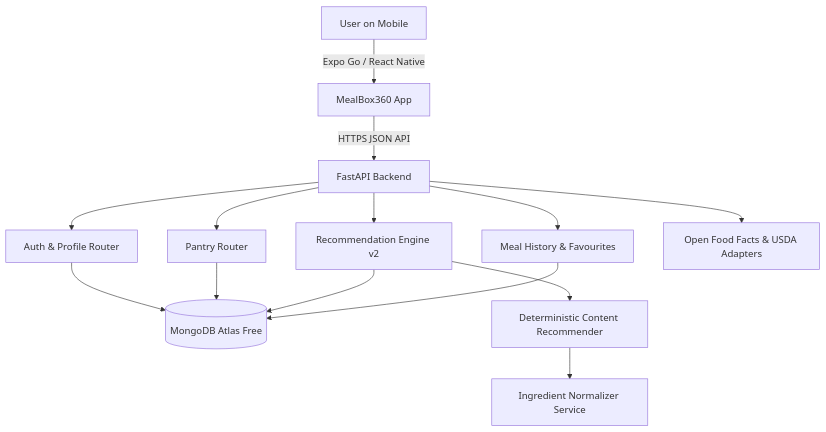
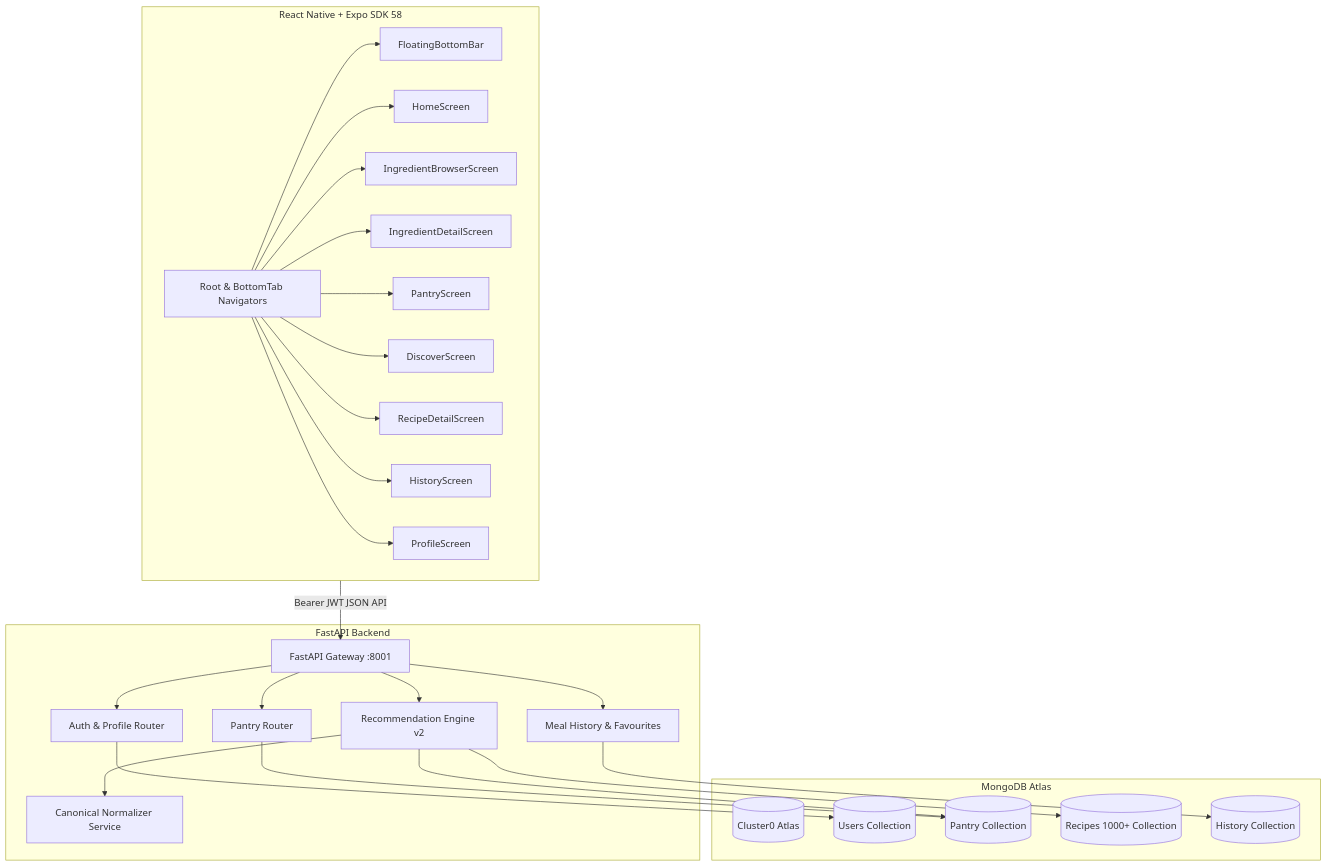
One commit to MoAb786/MealBox360 changed the diagram in README.md. Above: the diagram before and after it, drawn with Mermaid. The commit also changed other lines of this file, not shown here.

````diff
--- a/README.md
+++ b/README.md
@@ -62,18 +80,42 @@
 ```mermaid
 flowchart TD
-    U[User on Mobile] -->|Expo Go / React Native| APP[MealBox360 App]
-    APP -->|HTTPS JSON API| API[FastAPI Backend]
-    API --> AUTH[Auth & Profile Router]
-    API --> PANTRY[Pantry Router]
-    API --> REC[Recommendation Engine v2]
-    API --> HIST[Meal History & Favourites]
-    API --> PROD[Open Food Facts & USDA Adapters]
-    
-    AUTH --> DB[(MongoDB Atlas Free)]
-    PANTRY --> DB
-    REC --> DB
-    HIST --> DB
-    
-    REC --> ENGINE[Deterministic Content Recommender]
-    ENGINE --> NORM[Ingredient Normalizer Service]
+    subgraph Frontend [React Native + Expo SDK 58]
+        NAV[Root & BottomTab Navigators]
+        FB[FloatingBottomBar]
+        HOME[HomeScreen]
+        BROWSER[IngredientBrowserScreen]
+        DETAIL[IngredientDetailScreen]
+        PANTRY_UI[PantryScreen]
+        DISCOVER[DiscoverScreen]
+        REC_UI[RecipeDetailScreen]
+        HIST_UI[HistoryScreen]
+        PROF_UI[ProfileScreen]
+    end
+
+    subgraph Backend [FastAPI Backend]
+        API[FastAPI Gateway :8001]
+        AUTH[Auth & Profile Router]
+        PANTRY_ROUTER[Pantry Router]
+        REC_ROUTER[Recommendation Engine v2]
+        HIST_ROUTER[Meal History & Favourites]
+        NORM[Canonical Normalizer Service]
+    end
+
+    subgraph Database [MongoDB Atlas]
+        DB[(Cluster0 Atlas)]
+        USERS[(Users Collection)]
+        PANTRY_COL[(Pantry Collection)]
+        REC_COL[(Recipes 1000+ Collection)]
+        HIST_COL[(History Collection)]
+    end
+
+    NAV --> FB
+    NAV --> HOME & BROWSER & DETAIL & PANTRY_UI & DISCOVER & REC_UI & HIST_UI & PROF_UI
+    Frontend -->|Bearer JWT JSON API| API
+    API --> AUTH & PANTRY_ROUTER & REC_ROUTER & HIST_ROUTER
+    REC_ROUTER --> NORM
+    AUTH --> USERS
+    PANTRY_ROUTER --> PANTRY_COL
+    REC_ROUTER --> REC_COL & PANTRY_COL
+    HIST_ROUTER --> HIST_COL
 ```
````
